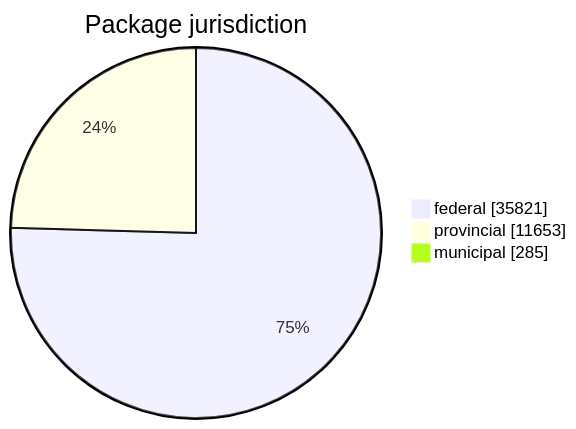
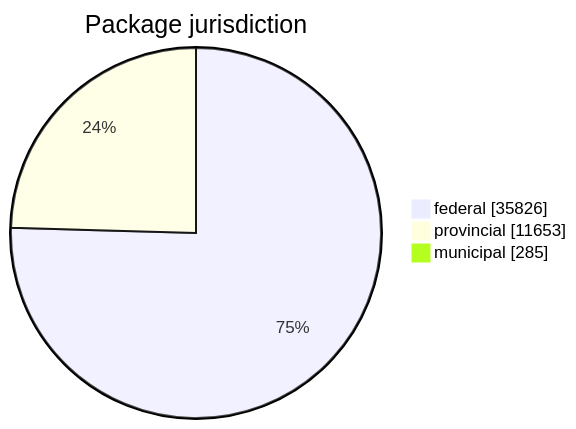
Before and after one commit to open-data/analytics-corporate-reporting: the first of 5 diagrams in FreshCheck/README.md, drawn with Mermaid. The commit also changed other lines of this file and 3 other files, not shown here.

````diff
--- a/FreshCheck/README.md
+++ b/FreshCheck/README.md
@@ -60,6 +60,6 @@
 ```mermaid
 pie showData title Package jurisdiction
-    "federal": 35821
+    "federal": 35826
     "provincial": 11653
     "municipal": 285
 ```
````
